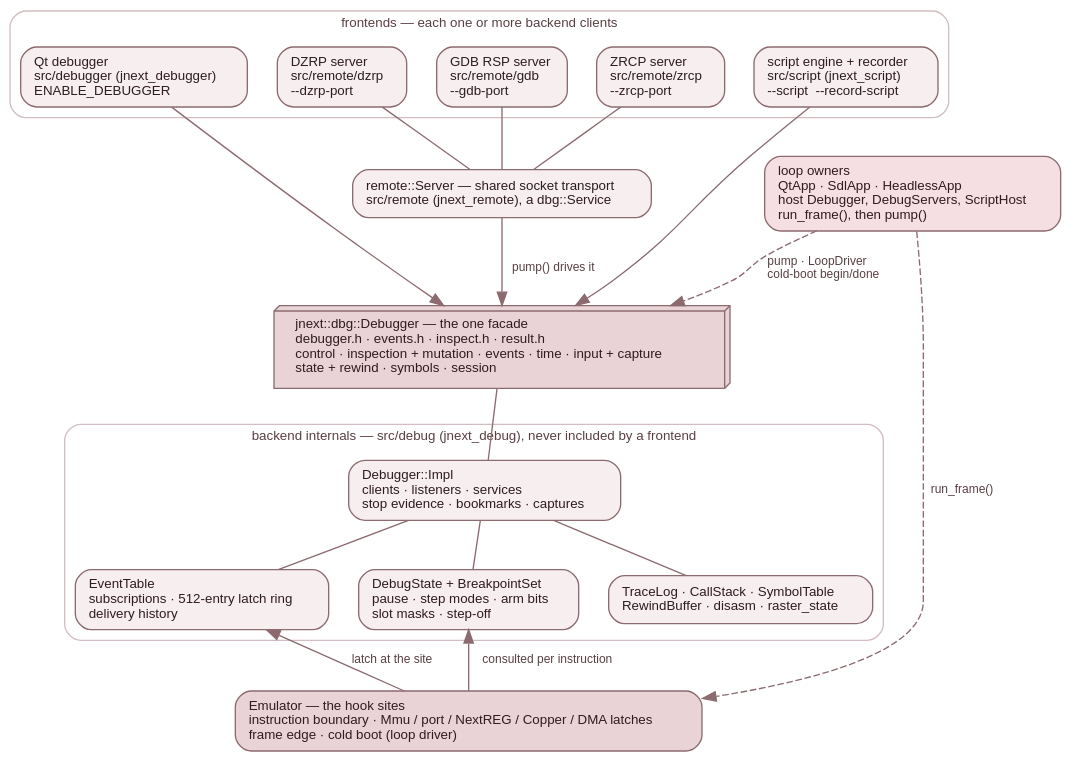
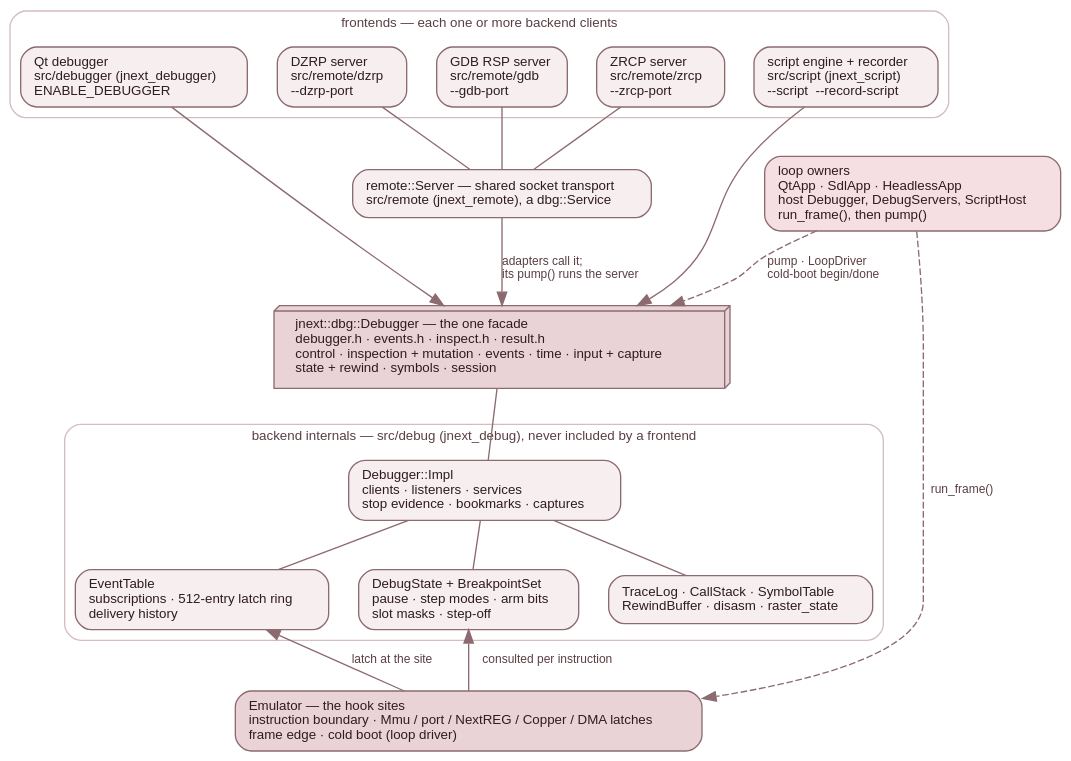
Before and after one commit to jorgegv/jnext: the diagram in src/doc/developer-guide/diagrams/debug-layers.dot, drawn with Graphviz. The commit also changed 15 other files, not shown here.

```diff
--- a/src/doc/developer-guide/diagrams/debug-layers.dot
+++ b/src/doc/developer-guide/diagrams/debug-layers.dot
@@ -1,74 +1,74 @@
 // The debug subsystem's layers: chapter 3.9.
 //
 // Rendered by `make docs-devguide-diagrams` into ../img/debug-layers.svg,
 // which is COMMITTED. Edit this file, never the SVG.
 //
 // Top to bottom: the frontends, the one facade they all hold, the backend's
 // internals behind it, and the Emulator hook sites those internals are reached
 // from. The loop owners sit beside the stack: they host the Debugger, the
 // protocol servers and the script host, and they are the only callers of
 // run_frame() and pump().
 //
 // Palette: the page theme's pastel dark red family (see css/theme.css), as the
 // other figures. Light fills, dark labels, transparent canvas.
 digraph debug_layers {
     bgcolor="transparent";
     rankdir=TB;
     fontname="Helvetica";
     ranksep=0.5;
     nodesep=0.30;
     node [shape=box, style="filled,rounded", fontname="Helvetica", fontsize=10,
           fillcolor="#f7eef0", color="#8c6b70", fontcolor="#2e1c1f", margin="0.14,0.08"];
     edge [color="#8c6b70", fontname="Helvetica", fontsize=9, fontcolor="#5a3f43"];
 
     subgraph cluster_frontends {
         label="frontends — each one or more backend clients";
         fontname="Helvetica"; fontsize=10; fontcolor="#5a3f43";
         color="#d3bdc0"; style="rounded";
         qt   [label="Qt debugger\lsrc/debugger (jnext_debugger)\lENABLE_DEBUGGER\l"];
         dzrp [label="DZRP server\lsrc/remote/dzrp\l--dzrp-port\l"];
         gdb  [label="GDB RSP server\lsrc/remote/gdb\l--gdb-port\l"];
         zrcp [label="ZRCP server\lsrc/remote/zrcp\l--zrcp-port\l"];
         dsl  [label="script engine + recorder\lsrc/script (jnext_script)\l--script  --record-script\l"];
     }
 
     transport [label="remote::Server — shared socket transport\lsrc/remote (jnext_remote), a dbg::Service\l"];
 
     facade [label="jnext::dbg::Debugger — the one facade\ldebugger.h · events.h · inspect.h · result.h\lcontrol · inspection + mutation · events · time · input + capture\lstate + rewind · symbols · session\l",
             shape=box3d, style="filled", fillcolor="#e9d3d6", margin="0.22,0.12"];
 
     subgraph cluster_backend {
         label="backend internals — src/debug (jnext_debug), never included by a frontend";
         fontname="Helvetica"; fontsize=10; fontcolor="#5a3f43";
         color="#d3bdc0"; style="rounded";
         impl  [label="Debugger::Impl\lclients · listeners · services\lstop evidence · bookmarks · captures\l"];
         table [label="EventTable\lsubscriptions · 512-entry latch ring\ldelivery history\l"];
         state [label="DebugState + BreakpointSet\lpause · step modes · arm bits\lslot masks · step-off\l"];
         prims [label="TraceLog · CallStack · SymbolTable\lRewindBuffer · disasm · raster_state\l"];
     }
 
     emu [label="Emulator — the hook sites\linstruction boundary · Mmu / port / NextREG / Copper / DMA latches\lframe edge · cold boot (loop driver)\l",
          fillcolor="#e9d3d6"];
 
     owners [label="loop owners\lQtApp · SdlApp · HeadlessApp\lhost Debugger, DebugServers, ScriptHost\lrun_frame(), then pump()\l",
             fillcolor="#f5dfe2"];
 
     dzrp -> transport [arrowhead=none];
     gdb  -> transport [arrowhead=none];
     zrcp -> transport [arrowhead=none];
 
     qt        -> facade;
-    transport -> facade [label=" pump() drives it"];
+    transport -> facade [label=" adapters call it;\l its pump() runs the server\l"];
     dsl       -> facade;
 
     facade -> impl [arrowhead=none];
     impl   -> table [arrowhead=none];
     impl   -> state [arrowhead=none];
     impl   -> prims [arrowhead=none];
 
     table -> emu [dir=back, label=" latch at the site"];
     state -> emu [dir=back, label=" consulted per instruction"];
 
     owners -> facade [style=dashed, label=" pump · LoopDriver\l cold-boot begin/done\l"];
     owners -> emu    [style=dashed, label=" run_frame()"];
 }
```
